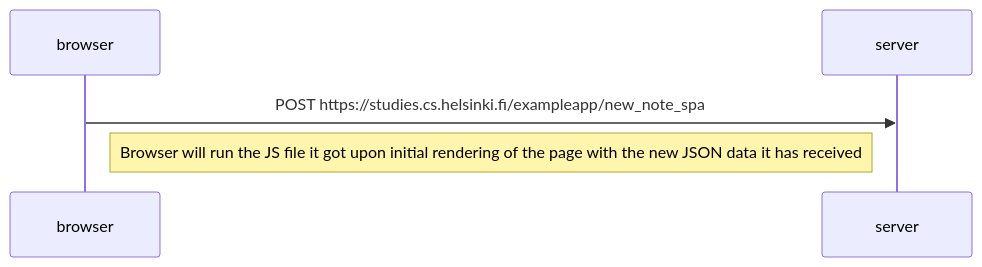
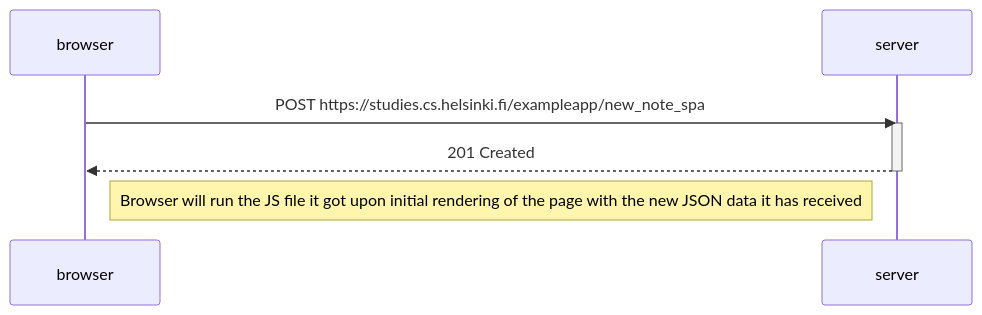
Before and after one commit to RobynIsBlue/fullstack-open: the diagram in part0/06_singlePageNewNoteDiagram/newNoteDiagram.md, drawn with Mermaid.

````diff
--- a/part0/06_singlePageNewNoteDiagram/newNoteDiagram.md
+++ b/part0/06_singlePageNewNoteDiagram/newNoteDiagram.md
@@ -1,9 +1,12 @@
 ```mermaid
 sequenceDiagram
     participant browser
     participant server
 
     browser->>server: POST https://studies.cs.helsinki.fi/exampleapp/new_note_spa
+    activate server
+    server-->>browser: 201 Created
+    deactivate server
 
     Note right of browser: Browser will run the JS file it got upon initial rendering of the page with the new JSON data it has received
 ```
````
